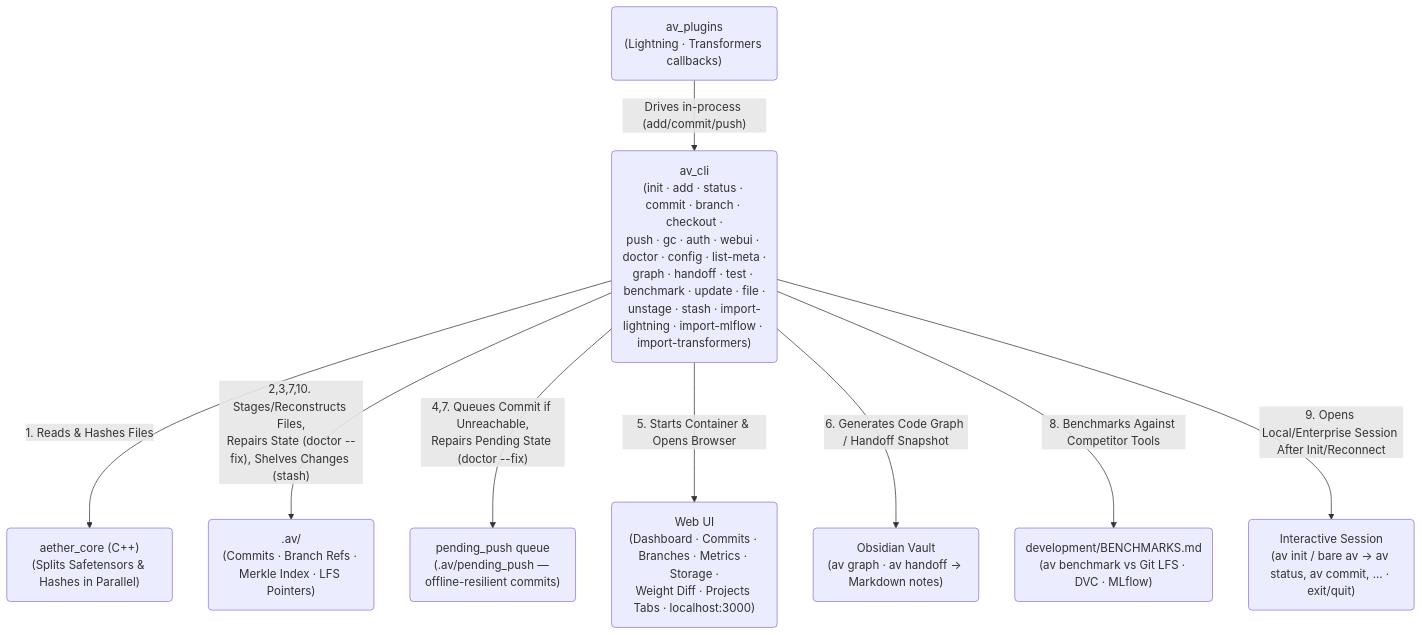
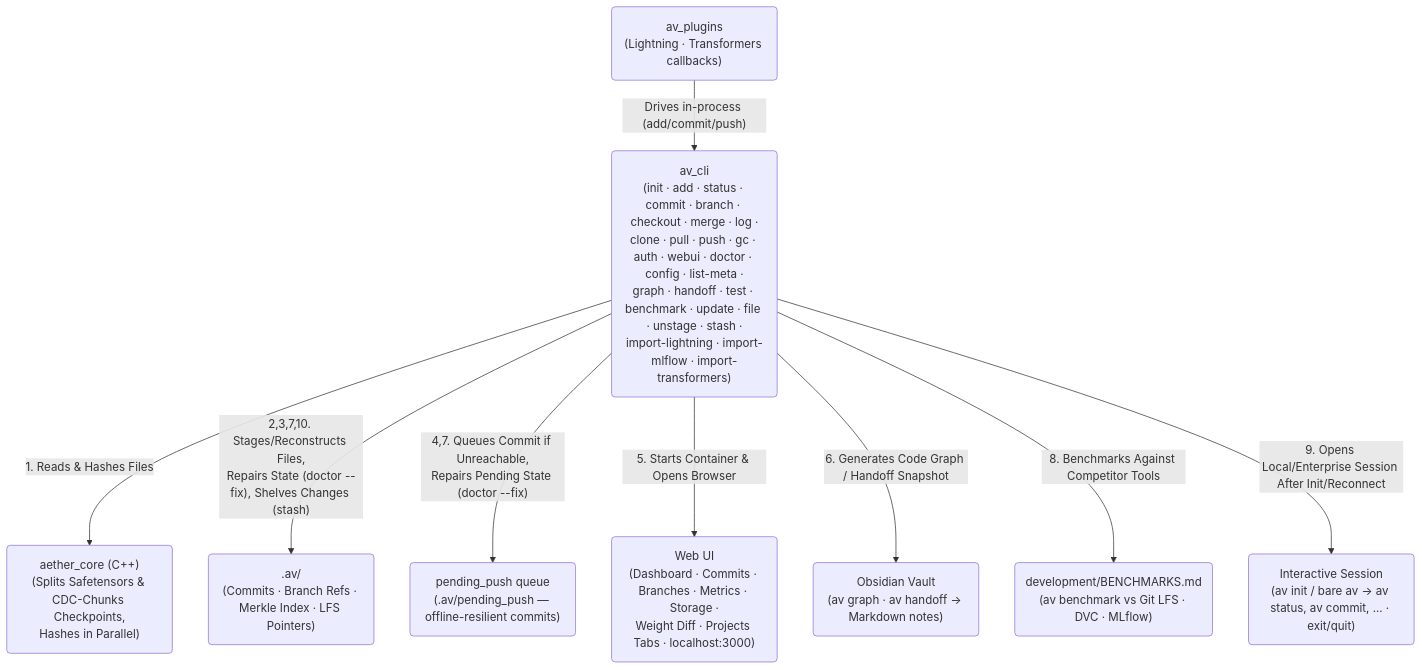
The first of 2 diagrams in README.md (leon1706-lol/Aether-Vault), drawn with Mermaid before and after one commit. The commit also changed other lines of this file and 18 other files, not shown here.

Commit message:
1.1.1 av atributes file, av log, av clone + av push

````diff
--- a/README.md
+++ b/README.md
@@ -55,21 +55,21 @@
 ```mermaid
 graph TD
     Plugins("av_plugins<br>(Lightning · Transformers callbacks)")
-    CLI("av_cli<br>(init · add · status · commit · branch · checkout ·<br>push · gc · auth · webui · doctor · config · list-meta ·<br>graph · handoff · test · benchmark · update · file ·<br>unstage · stash · import-lightning · import-mlflow · import-transformers)")
-    CPP("aether_core (C++)<br>(Splits Safetensors & Hashes in Parallel)")
+    CLI("av_cli<br>(init · add · status · commit · branch · checkout · merge · log ·<br>clone · pull · push · gc · auth · webui · doctor · config · list-meta ·<br>graph · handoff · test · benchmark · update · file · unstage · stash ·<br>import-lightning · import-mlflow · import-transformers)")
+    CPP("aether_core (C++)<br>(Splits Safetensors & CDC-Chunks Checkpoints,<br>Hashes in Parallel)")
     LocalDAG(".av/<br>(Commits · Branch Refs · Merkle Index · LFS Pointers)")
     PendingQ("pending_push queue<br>(.av/pending_push — offline-resilient commits)")
     WebUI("Web UI<br>(Dashboard · Commits · Branches · Metrics · Storage ·<br>Weight Diff · Projects Tabs · localhost:3000)")
     Vault("Obsidian Vault<br>(av graph · av handoff → Markdown notes)")
     Benchmarks("development/BENCHMARKS.md<br>(av benchmark vs Git LFS · DVC · MLflow)")
     Session("Interactive Session<br>(av init / bare av → av status, av commit, ... · exit/quit)")
 
     Plugins -- "Drives in-process (add/commit/push)" --> CLI
     CLI -- "1. Reads & Hashes Files" --> CPP
     CLI -- "2,3,7,10. Stages/Reconstructs Files,<br>Repairs State (doctor --fix), Shelves Changes (stash)" --> LocalDAG
     CLI -- "4,7. Queues Commit if Unreachable,<br>Repairs Pending State (doctor --fix)" --> PendingQ
     CLI -- "5. Starts Container & Opens Browser" --> WebUI
     CLI -- "6. Generates Code Graph / Handoff Snapshot" --> Vault
     CLI -- "8. Benchmarks Against Competitor Tools" --> Benchmarks
     CLI -- "9. Opens Local/Enterprise Session After Init/Reconnect" --> Session
 ```
````
